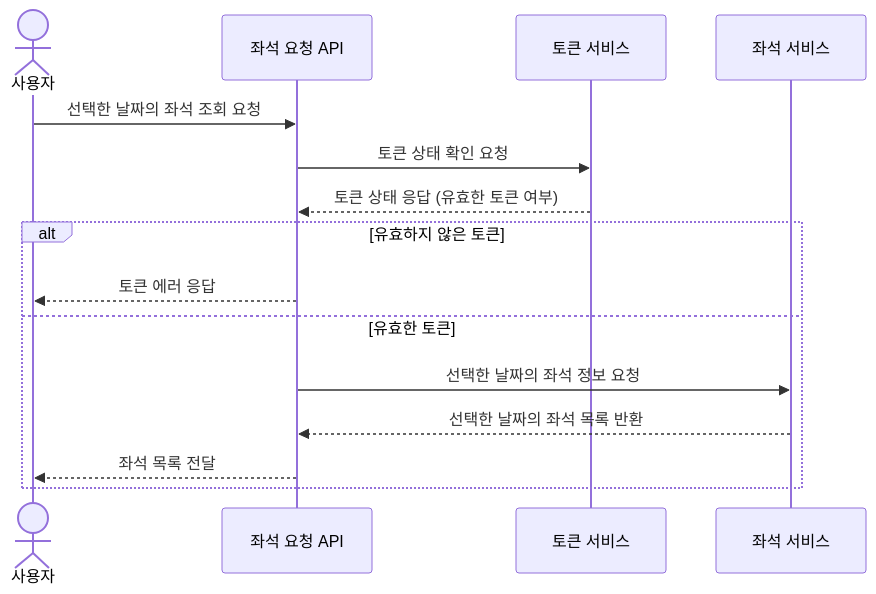
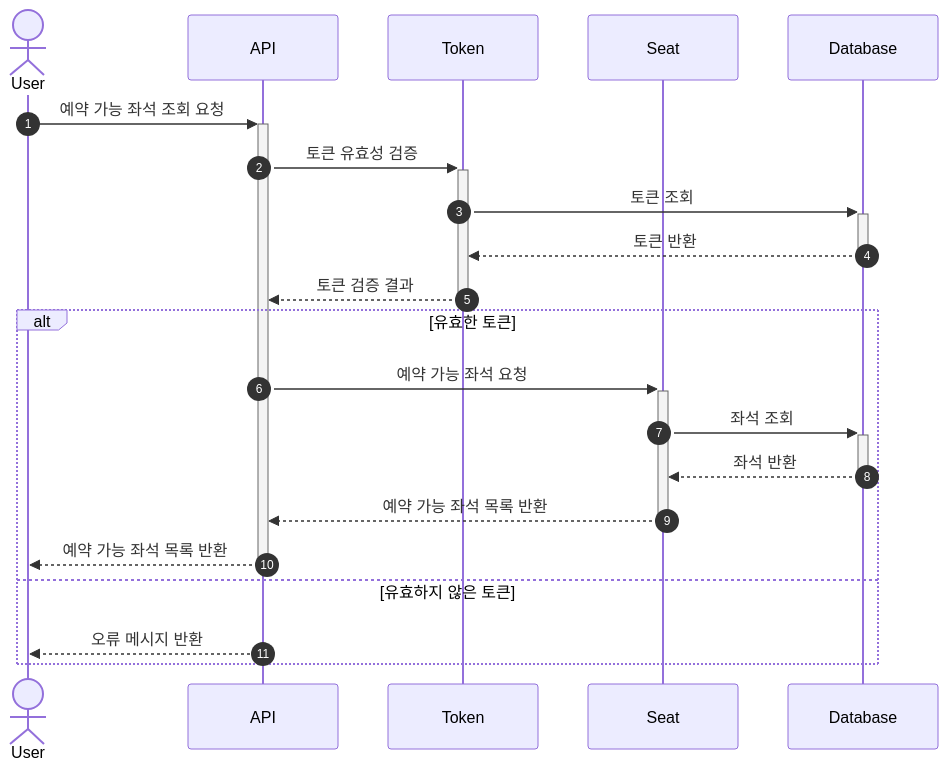
Before and after one commit to Kook-s/Concert: the third of 7 diagrams in doc/sequence.md, drawn with Mermaid. The commit also changed other lines of this file and 2 other files, not shown here.

````diff
--- a/doc/sequence.md
+++ b/doc/sequence.md
@@ -61,20 +53,25 @@
-```mermaid
+``` mermaid
 sequenceDiagram
-    actor Client as 사용자
-    participant API as 좌석 요청 API
-    participant Token as 토큰 서비스
-    participant Seat as 좌석 서비스
+	autonumber
 	
-    Client ->> API: 선택한 날짜의 좌석 조회 요청
-    API ->> Token: 토큰 상태 확인 요청
-    Token -->> API: 토큰 상태 응답 (유효한 토큰 여부)
-
-    alt 유효하지 않은 토큰
-	      API -->> Client: 토큰 에러 응답
-    else 유효한 토큰    
-	      API ->> Seat: 선택한 날짜의 좌석 정보 요청
-	      Seat -->> API: 선택한 날짜의 좌석 목록 반환
-	      API -->> Client: 좌석 목록 전달
-    end
-
+	actor User
+	participant API
+	participant Token
+	participant Seat
+	participant Database
+	
+	User ->> +API: 예약 가능 좌석 조회 요청
+	API ->> +Token: 토큰 유효성 검증
+	Token ->> +Database: 토큰 조회
+	Database -->> -Token: 토큰 반환
+	Token -->> -API: 토큰 검증 결과
+	alt 유효한 토큰
+	API ->> +Seat: 예약 가능 좌석 요청
+	Seat ->> +Database: 좌석 조회
+	Database -->> -Seat: 좌석 반환
+	Seat -->> -API: 예약 가능 좌석 목록 반환
+	API -->> -User: 예약 가능 좌석 목록 반환
+	else 유효하지 않은 토큰
+	API -->> User: 오류 메시지 반환
+	end
 ```
````
